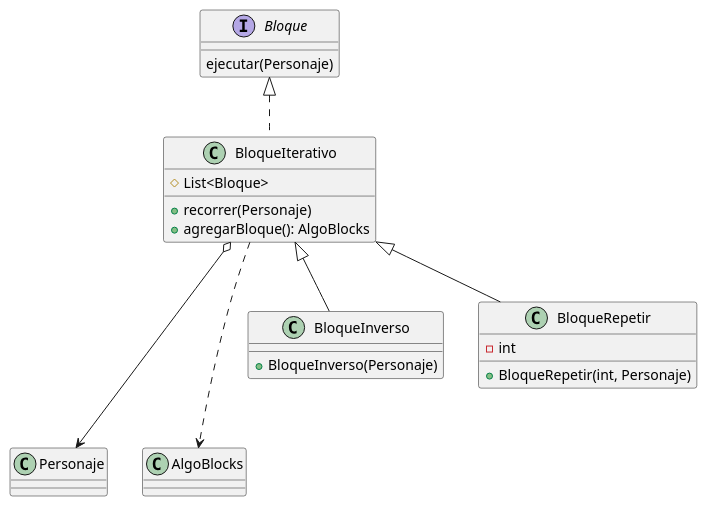
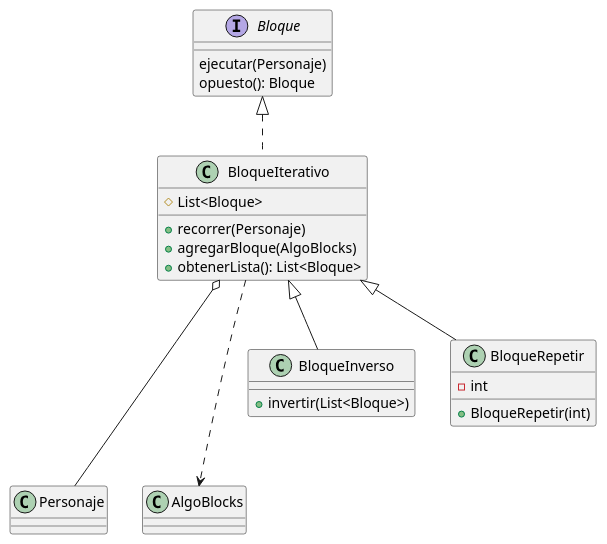
The diagram in Diagramas/Bloques iterativos UML.puml (trinibucc/TP2-AlgoBlocks), drawn with PlantUML before and after one commit. The commit also changed 9 other files, not shown here.

Commit message:
Agrego diagramas.

```diff
--- a/Diagramas/Bloques iterativos UML.puml
+++ b/Diagramas/Bloques iterativos UML.puml
@@ -1,23 +1,27 @@
 @startuml
 
 interface Bloque{
     ejecutar(Personaje)
+    opuesto(): Bloque
+
 }
+
 class BloqueIterativo implements Bloque{
     # List<Bloque>
     + recorrer(Personaje)
-    + agregarBloque(): AlgoBlocks
+    + agregarBloque(AlgoBlocks)
+    + obtenerLista(): List<Bloque>
 }
-BloqueIterativo o---> Personaje
+BloqueIterativo o--- Personaje
 BloqueIterativo ...> AlgoBlocks
 
 class BloqueInverso extends BloqueIterativo{
-    + BloqueInverso(Personaje)
+    + invertir(List<Bloque>)
 }
 
 class BloqueRepetir extends BloqueIterativo{
     - int
-    + BloqueRepetir(int, Personaje)
+    + BloqueRepetir(int)
 }
 
 @enduml
```
